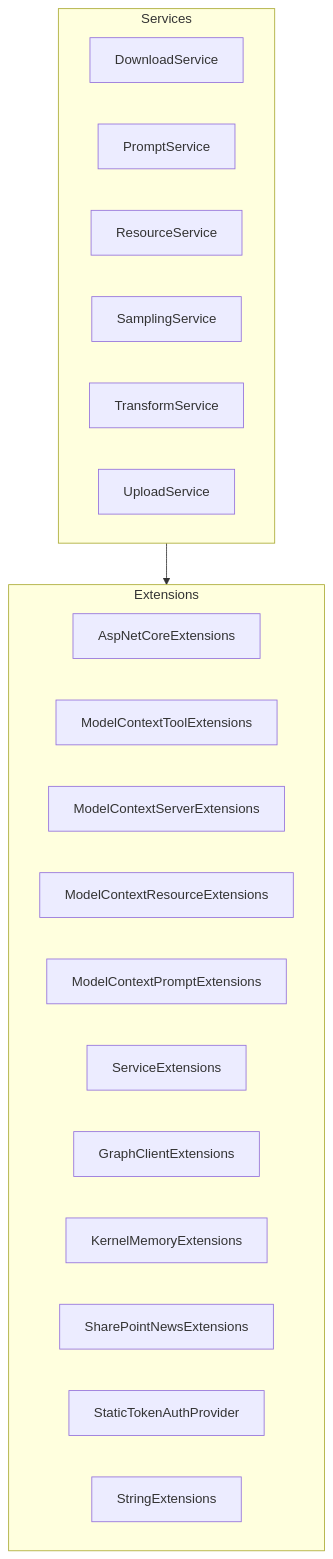
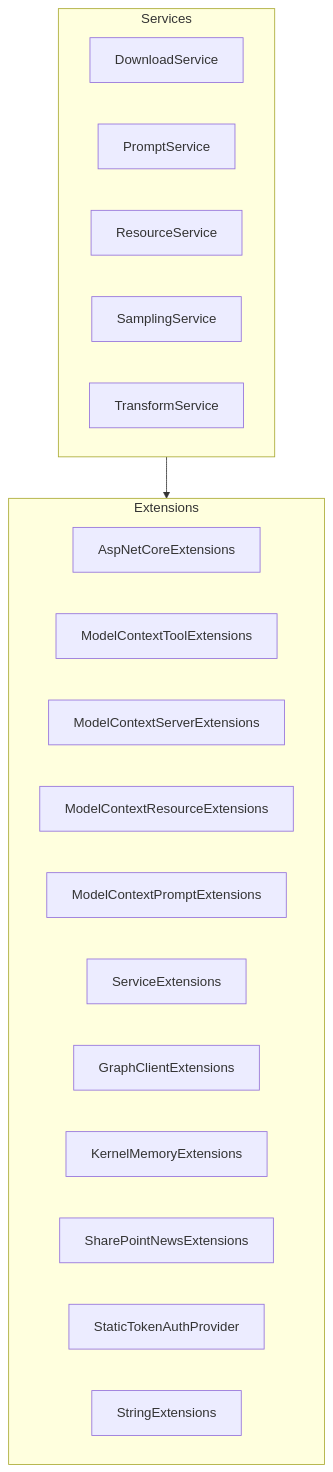
The diagram in Core/MCPhappey.Core/README.md (achappey/aihappey-mcp), drawn with Mermaid before and after one commit. The commit also changed 3 other files, not shown here.

Commit message:
Remove unused UploadService and its registration

````diff
--- a/Core/MCPhappey.Core/README.md
+++ b/Core/MCPhappey.Core/README.md
@@ -7,26 +7,25 @@
 ```mermaid
 flowchart TD
     subgraph Services
         DownloadService
         PromptService
         ResourceService
         SamplingService
         TransformService
-        UploadService
     end
     subgraph Extensions
         AspNetCoreExtensions
         ModelContextToolExtensions
         ModelContextServerExtensions
         ModelContextResourceExtensions
         ModelContextPromptExtensions
         ServiceExtensions
         GraphClientExtensions
         KernelMemoryExtensions
         SharePointNewsExtensions
         StaticTokenAuthProvider
         StringExtensions
     end
 
     Services --> Extensions
 ```
````
